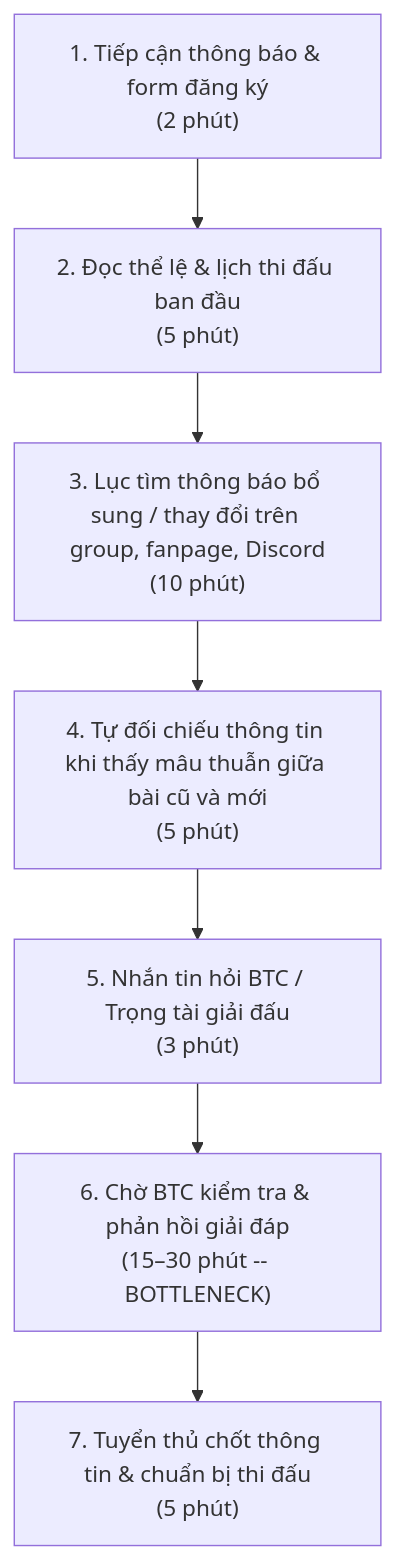
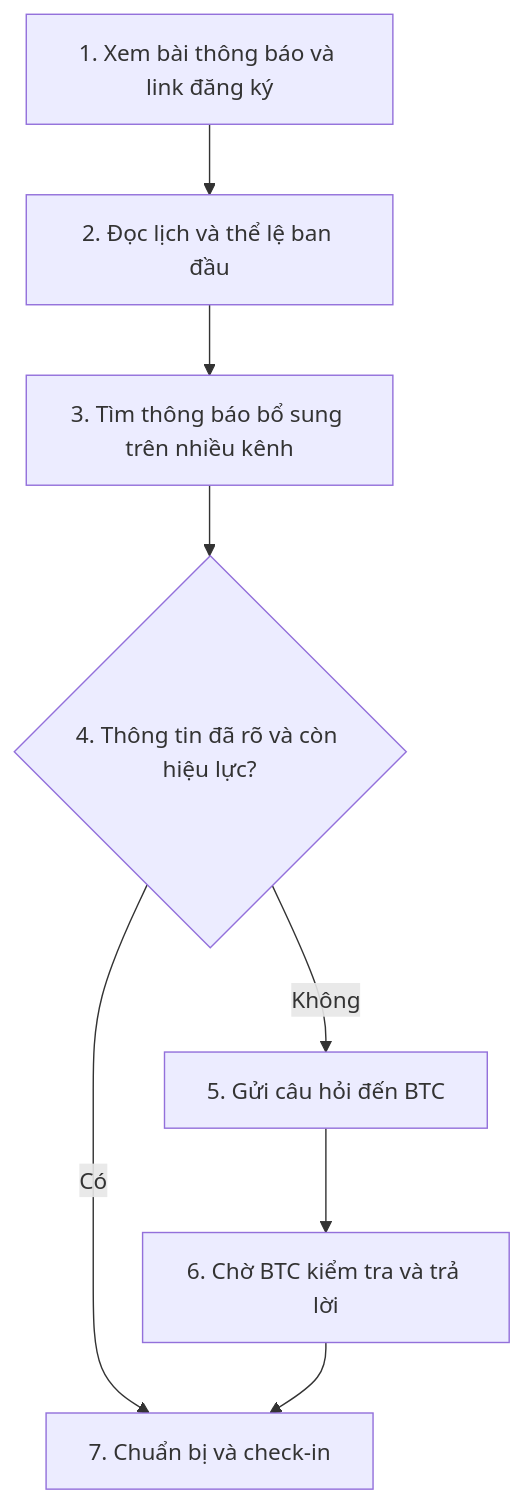
The first of 2 diagrams in report/team/group_report.md (bato-bato/K5-L3A-DAY02-NhomNhomNhom-DiscoveryProblemFraming), drawn with Mermaid before and after one commit. The commit also changed other lines of this file, not shown here.

Commit message:
docs: finalize group report with GO decision

````diff
--- a/report/team/group_report.md
+++ b/report/team/group_report.md
@@ -181,9 +133,10 @@
 ```mermaid
 flowchart TD
-  A["1. Tiếp cận thông báo & form đăng ký<br>(2 phút)"] --> B["2. Đọc thể lệ & lịch thi đấu ban đầu<br>(5 phút)"]
-  B --> C["3. Lục tìm thông báo bổ sung / thay đổi trên group, fanpage, Discord<br>(10 phút)"]
-  C --> D["4. Tự đối chiếu thông tin khi thấy mâu thuẫn giữa bài cũ và mới<br>(5 phút)"]
-  D --> E["5. Nhắn tin hỏi BTC / Trọng tài giải đấu<br>(3 phút)"]
-  E --> F["6. Chờ BTC kiểm tra & phản hồi giải đáp<br>(15–30 phút -- BOTTLENECK)"]
-  F --> G["7. Tuyển thủ chốt thông tin & chuẩn bị thi đấu<br>(5 phút)"]
+    A[1. Xem bài thông báo và link đăng ký] --> B[2. Đọc lịch và thể lệ ban đầu]
+    B --> C[3. Tìm thông báo bổ sung trên nhiều kênh]
+    C --> D{4. Thông tin đã rõ và còn hiệu lực?}
+    D -- Có --> H[7. Chuẩn bị và check-in]
+    D -- Không --> E[5. Gửi câu hỏi đến BTC]
+    E --> F[6. Chờ BTC kiểm tra và trả lời]
+    F --> H
 ```
````
